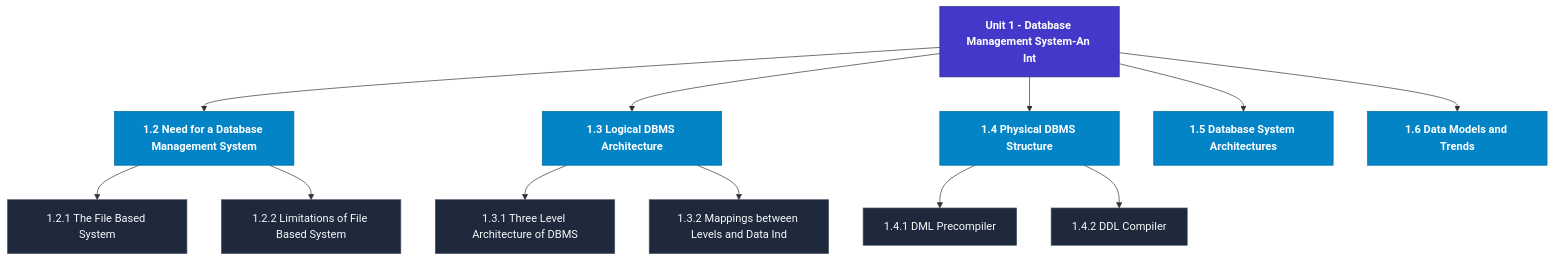
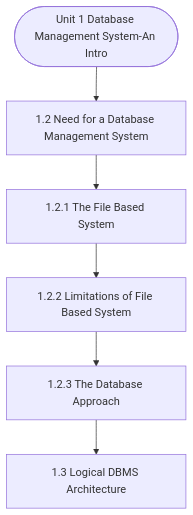
Before and after one commit to Asutosh-Coaching/mscdsa: the diagram in notes/Semester_1/MCS-207_Database_Management_Systems/unit_01_Database_Management_System-An_Introduction.md, drawn with Mermaid. The commit also changed other lines of this file and 115 other files, not shown here.

Commit message:
Fix Mermaid layout for mobile, isolate LaTeX delimiters, and add GitHub Pages reader

````diff
--- a/notes/Semester_1/MCS-207_Database_Management_Systems/unit_01_Database_Management_System-An_Introduction.md
+++ b/notes/Semester_1/MCS-207_Database_Management_Systems/unit_01_Database_Management_System-An_Introduction.md
@@ -19,31 +19,14 @@
 ```mermaid
 flowchart TD
-  %% Styling Definitions
-  classDef head fill:#4338ca,stroke:#312e81,color:#ffffff,font-weight:bold;
-  classDef topic fill:#0284c7,stroke:#0369a1,color:#ffffff,font-weight:600;
-  classDef sub fill:#1e293b,stroke:#475569,color:#f8fafc;
-
-  Root["Unit 1 - Database Management System-An Int"]:::head
-  M1["1.2 Need for a Database Management System"]:::topic
-  Root --> M1
-  M1_1["1.2.1 The File Based System"]:::sub
-  M1 --> M1_1
-  M1_2["1.2.2 Limitations of File Based System"]:::sub
-  M1 --> M1_2
-  M2["1.3 Logical DBMS Architecture"]:::topic
-  Root --> M2
-  M2_1["1.3.1 Three Level Architecture of DBMS"]:::sub
-  M2 --> M2_1
-  M2_2["1.3.2 Mappings between Levels and Data Ind"]:::sub
-  M2 --> M2_2
-  M3["1.4 Physical DBMS Structure"]:::topic
-  Root --> M3
-  M3_1["1.4.1 DML Precompiler"]:::sub
-  M3 --> M3_1
-  M3_2["1.4.2 DDL Compiler"]:::sub
-  M3 --> M3_2
-  M4["1.5 Database System Architectures"]:::topic
-  Root --> M4
-  M5["1.6 Data Models and Trends"]:::topic
-  Root --> M5
+  Start(["Unit 1 Database Management System-An Intro"])
+  N1["1.2 Need for a Database Management System"]
+  N2["1.2.1 The File Based System"]
+  N3["1.2.2 Limitations of File Based System"]
+  N4["1.2.3 The Database Approach"]
+  N5["1.3 Logical DBMS Architecture"]
+  Start --> N1
+  N1 --> N2
+  N2 --> N3
+  N3 --> N4
+  N4 --> N5
 ```
````
